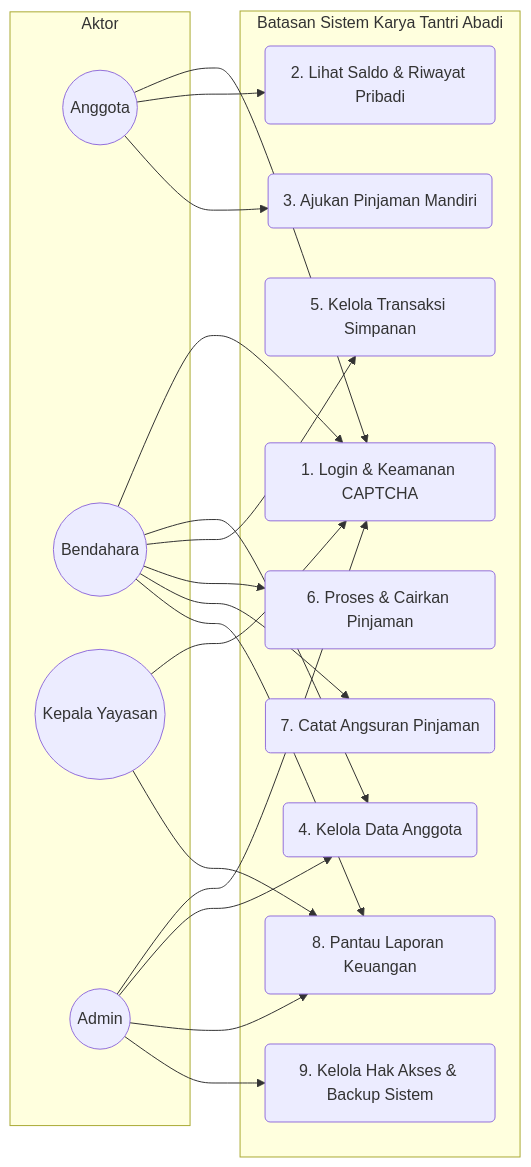
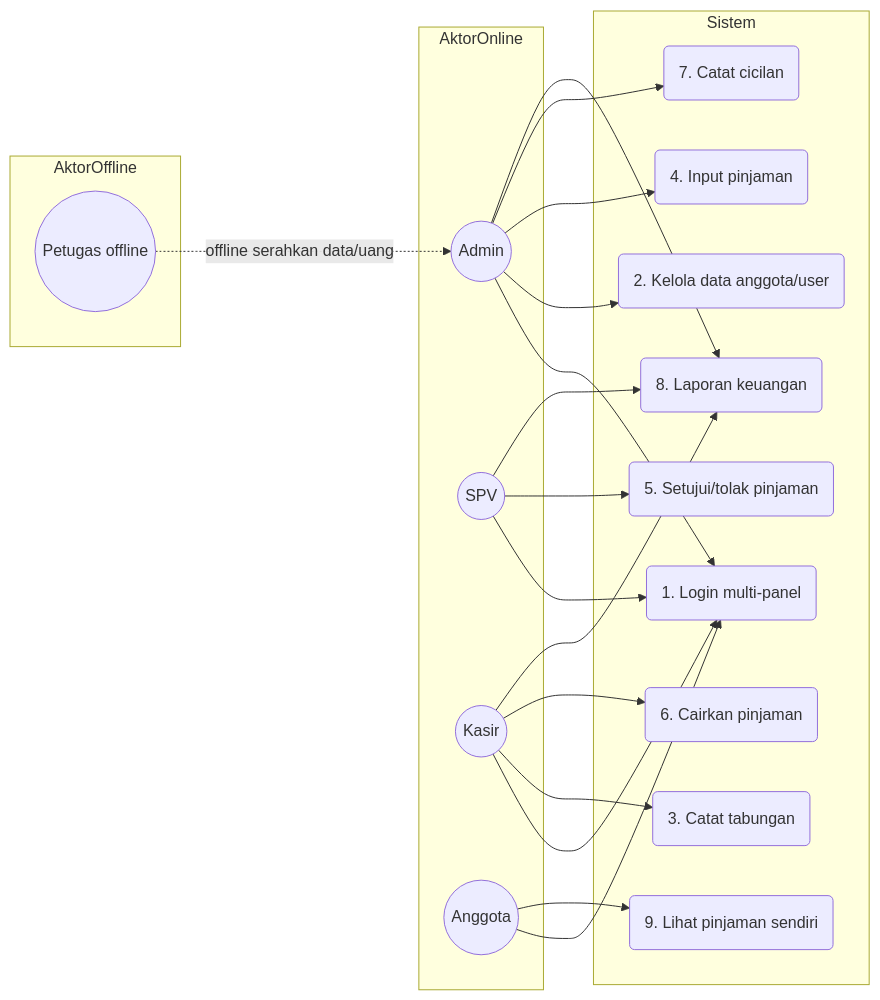
Before and after one commit to adrianakbar/karya_tantri_abadi: the first of 5 diagrams in BAB_4_HASIL_DAN_PEMBAHASAN.md, drawn with Mermaid. The commit also changed other lines of this file and 4 other files, not shown here.

````diff
--- a/BAB_4_HASIL_DAN_PEMBAHASAN.md
+++ b/BAB_4_HASIL_DAN_PEMBAHASAN.md
@@ -20,40 +34,41 @@
 ```mermaid
 flowchart LR
-    subgraph Aktor
+    subgraph AktorOnline
+        Admin((Admin))
+        SPV((SPV))
+        Kasir((Kasir))
         Anggota((Anggota))
-        Bendahara((Bendahara))
-        Yayasan((Kepala Yayasan))
-        Admin((Admin))
     end
 
-    subgraph Batasan Sistem Karya Tantri Abadi
-        UC_Login(1. Login & Keamanan CAPTCHA)
-        UC_LihatProfile(2. Lihat Saldo & Riwayat Pribadi)
-        UC_AjukanPinjaman(3. Ajukan Pinjaman Mandiri)
-        UC_KelolaAnggota(4. Kelola Data Anggota)
-        UC_TransaksiSimpanan(5. Kelola Transaksi Simpanan)
-        UC_ProsesPinjaman(6. Proses & Cairkan Pinjaman)
-        UC_AngsuranPinjaman(7. Catat Angsuran Pinjaman)
-        UC_LaporanKeuangan(8. Pantau Laporan Keuangan)
-        UC_SistemSetting(9. Kelola Hak Akses & Backup Sistem)
+    subgraph AktorOffline
+        Petugas((Petugas offline))
     end
 
+    subgraph Sistem
+        UC_Login(1. Login multi-panel)
+        UC_Anggota(2. Kelola data anggota/user)
+        UC_Tabungan(3. Catat tabungan)
+        UC_InputPinjaman(4. Input pinjaman)
+        UC_Approve(5. Setujui/tolak pinjaman)
+        UC_Cair(6. Cairkan pinjaman)
+        UC_Cicilan(7. Catat cicilan)
+        UC_Laporan(8. Laporan keuangan)
+        UC_Lihat(9. Lihat pinjaman sendiri)
+    end
+
+    Petugas -.->|offline serahkan data/uang| Admin
+    Admin --> UC_Login
+    Admin --> UC_Anggota
+    Admin --> UC_InputPinjaman
+    Admin --> UC_Cicilan
+    Admin --> UC_Laporan
+    SPV --> UC_Login
+    SPV --> UC_Approve
+    SPV --> UC_Laporan
+    Kasir --> UC_Login
+    Kasir --> UC_Tabungan
+    Kasir --> UC_Cair
+    Kasir --> UC_Laporan
     Anggota --> UC_Login
-    Anggota --> UC_LihatProfile
-    Anggota --> UC_AjukanPinjaman
-
-    Bendahara --> UC_Login
-    Bendahara --> UC_KelolaAnggota
-    Bendahara --> UC_TransaksiSimpanan
-    Bendahara --> UC_ProsesPinjaman
-    Bendahara --> UC_AngsuranPinjaman
-    Bendahara --> UC_LaporanKeuangan
-
-    Yayasan --> UC_Login
-    Yayasan --> UC_LaporanKeuangan
-
-    Admin --> UC_Login
-    Admin --> UC_KelolaAnggota
-    Admin --> UC_LaporanKeuangan
-    Admin --> UC_SistemSetting
+    Anggota --> UC_Lihat
 ```
````
